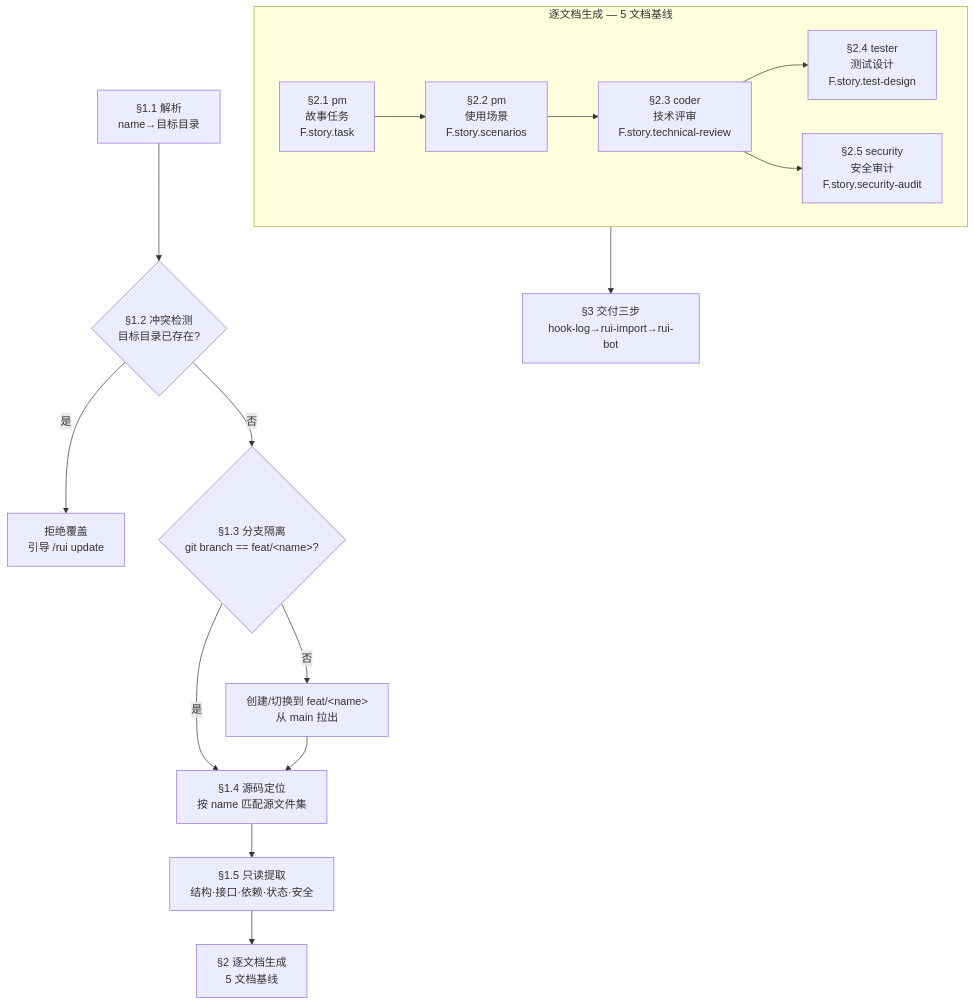
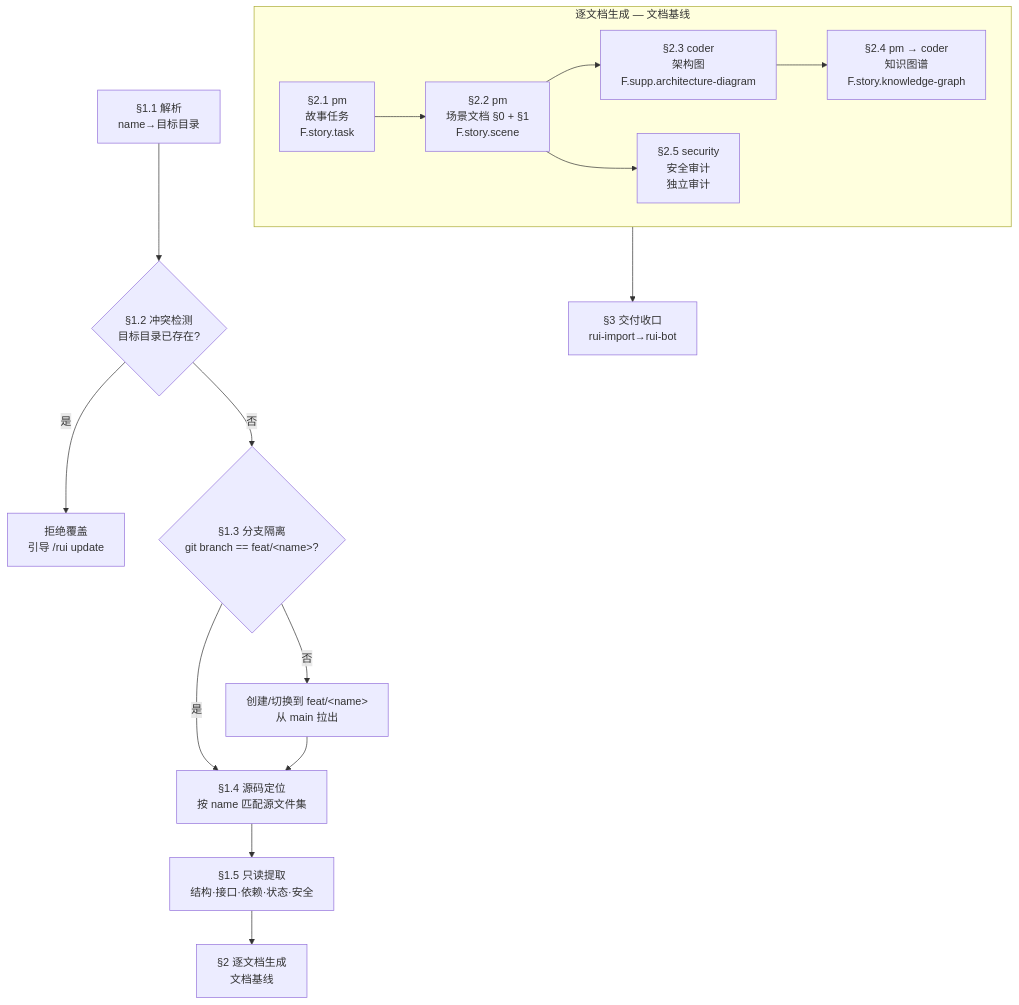
One commit to effiy/YrY changed diagram 14 of 16 in skills/rui/SKILL.md. Above: the diagram before and after it, drawn with Mermaid. The commit also changed other lines of this file and 37 other files, not shown here.

````diff
--- a/skills/rui/SKILL.md
+++ b/skills/rui/SKILL.md
@@ -842,25 +829,25 @@
 ```mermaid
 flowchart TD
     PARSE["§1.1 解析<br/>name→目标目录"]:::s --> CONFLICT{"§1.2 冲突检测<br/>目标目录已存在?"}:::gate
     CONFLICT -->|"是"| REJECT["拒绝覆盖<br/>引导 /rui update"]:::bad
     CONFLICT -->|"否"| BRANCH{"§1.3 分支隔离<br/>git branch == feat/&lt;name&gt;?"}:::gate
     BRANCH -->|"否"| SWITCH["创建/切换到 feat/&lt;name&gt;<br/>从 main 拉出"]:::block
     BRANCH -->|"是"| SCAN["§1.4 源码定位<br/>按 name 匹配源文件集"]:::s
     SWITCH --> SCAN
     SCAN --> EXTRACT["§1.5 只读提取<br/>结构·接口·依赖·状态·安全"]:::s
-    EXTRACT --> GEN["§2 逐文档生成<br/>5 文档基线"]:::s
+    EXTRACT --> GEN["§2 逐文档生成<br/>文档基线"]:::s
 
-    subgraph GENSUB["逐文档生成 — 5 文档基线"]
+    subgraph GENSUB["逐文档生成 — 文档基线"]
         direction LR
         D1["§2.1 pm<br/>故事任务<br/>F.story.task"]:::agent
-        D2["§2.2 pm<br/>使用场景<br/>F.story.scenarios"]:::agent
-        D3["§2.3 coder<br/>技术评审<br/>F.story.technical-review"]:::agent
-        D4["§2.4 tester<br/>测试设计<br/>F.story.test-design"]:::agent
-        D5["§2.5 security<br/>安全审计<br/>F.story.security-audit"]:::agent
+        D2["§2.2 pm<br/>场景文档 §0 + §1<br/>F.story.scene"]:::agent
+        D3["§2.3 coder<br/>架构图<br/>F.supp.architecture-diagram"]:::agent
+        D4["§2.4 pm → coder<br/>知识图谱<br/>F.story.knowledge-graph"]:::agent
+        D5["§2.5 security<br/>安全审计<br/>独立审计"]:::agent
         D1 --> D2 --> D3 --> D4
-        D3 --> D5
+        D2 --> D5
     end
 
-    GENSUB --> DELIVER["§3 交付三步<br/>hook-log→rui-import→rui-bot"]:::s
+    GENSUB --> DELIVER["§3 交付收口<br/>rui-import→rui-bot"]:::s
 
 ```
````
